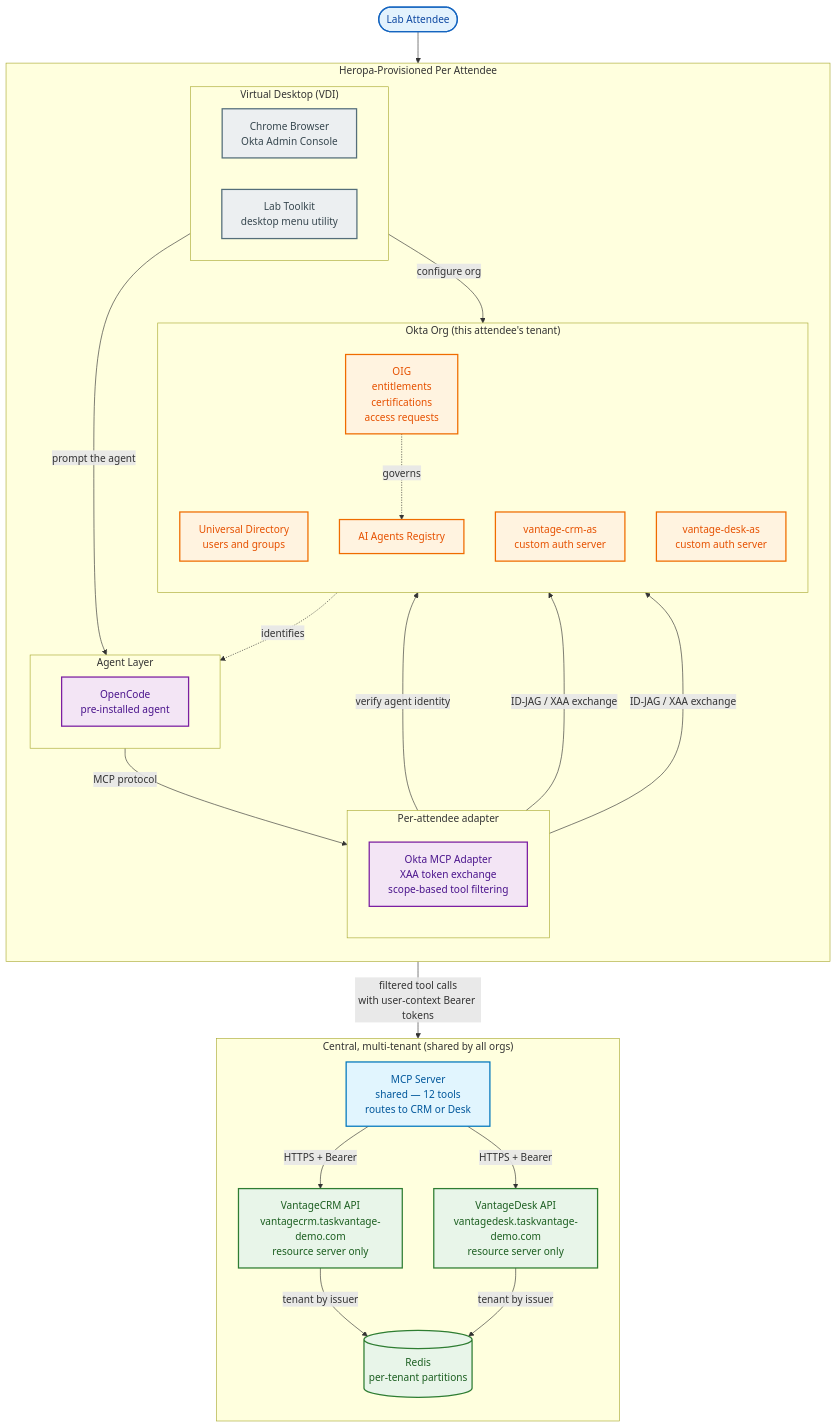
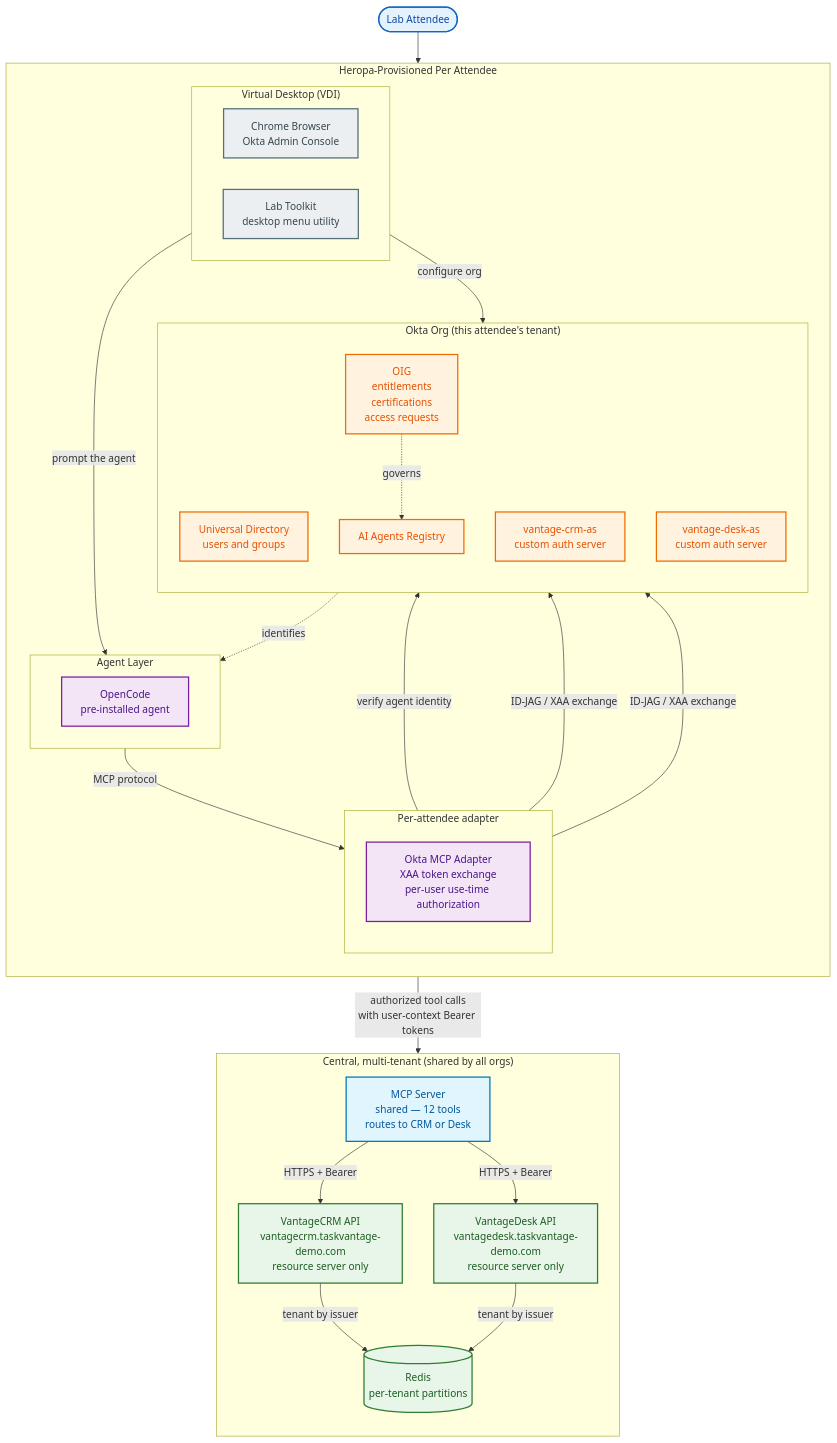
The diagram in lab-architecture.md (joevanhorn/04aa-tech-camp), drawn with Mermaid before and after one commit. The commit also changed other lines of this file and 7 other files, not shown here.

First line of the commit message:
docs: reframe to "everyone sees the catalog, Okta governs use" (per shipping adapter)

````diff
--- a/lab-architecture.md
+++ b/lab-architecture.md
@@ -18,72 +18,72 @@
 ```mermaid
 flowchart TB
     User([Lab Attendee])
 
     subgraph Heropa["Heropa-Provisioned Per Attendee"]
         direction TB
 
         subgraph VDI["Virtual Desktop (VDI)"]
             direction LR
             Browser[Chrome Browser<br>Okta Admin Console]
             Toolkit[Lab Toolkit<br>desktop menu utility]
         end
 
         subgraph AgentLayer["Agent Layer"]
             direction LR
             OpenCode[OpenCode<br>pre-installed agent]
         end
 
         subgraph Edge["Per-attendee adapter"]
             direction TB
-            Adapter[Okta MCP Adapter<br>XAA token exchange<br>scope-based tool filtering]
+            Adapter[Okta MCP Adapter<br>XAA token exchange<br>per-user use-time authorization]
         end
 
         subgraph Okta["Okta Org (this attendee's tenant)"]
             direction TB
             UD[Universal Directory<br>users and groups]
             AIRegistry[AI Agents Registry]
             CRMAS[vantage-crm-as<br>custom auth server]
             DeskAS[vantage-desk-as<br>custom auth server]
             OIG[OIG<br>entitlements<br>certifications<br>access requests]
         end
     end
 
     subgraph Central["Central, multi-tenant (shared by all orgs)"]
         direction TB
         MCP[MCP Server<br>shared — 12 tools<br>routes to CRM or Desk]
         CRM[VantageCRM API<br>vantagecrm.taskvantage-demo.com<br>resource server only]
         Desk[VantageDesk API<br>vantagedesk.taskvantage-demo.com<br>resource server only]
         Redis[(Redis<br>per-tenant partitions)]
     end
 
     User --> Browser
     Browser -->|configure org| Okta
     Browser -->|prompt the agent| AgentLayer
 
     AgentLayer -->|MCP protocol| Adapter
     Adapter -->|verify agent identity| AIRegistry
     Adapter -->|ID-JAG / XAA exchange| CRMAS
     Adapter -->|ID-JAG / XAA exchange| DeskAS
-    Adapter -->|filtered tool calls<br>with user-context Bearer tokens| MCP
+    Adapter -->|authorized tool calls<br>with user-context Bearer tokens| MCP
     MCP -->|HTTPS + Bearer| CRM
     MCP -->|HTTPS + Bearer| Desk
     CRM -->|tenant by issuer| Redis
     Desk -->|tenant by issuer| Redis
 
     OIG -.governs.-> AIRegistry
     AIRegistry -.identifies.-> AgentLayer
 
     classDef trigger fill:#e3f2fd,stroke:#1565c0,stroke-width:2px,color:#0d47a1
     classDef infra fill:#eceff1,stroke:#546e7a,stroke-width:2px,color:#37474f
     classDef oktaCore fill:#fff3e0,stroke:#ef6c00,stroke-width:2px,color:#e65100
     classDef workflow fill:#f3e5f5,stroke:#7b1fa2,stroke-width:2px,color:#4a148c
     classDef action fill:#e1f5fe,stroke:#0277bd,stroke-width:2px,color:#01579b
     classDef governance fill:#e8f5e9,stroke:#2e7d32,stroke-width:2px,color:#1b5e20
 
     class User trigger
     class Browser,Toolkit infra
     class OpenCode,Adapter workflow
     class MCP action
     class CRM,Desk,Redis governance
     class UD,AIRegistry,CRMAS,DeskAS,OIG oktaCore
 ```
````
